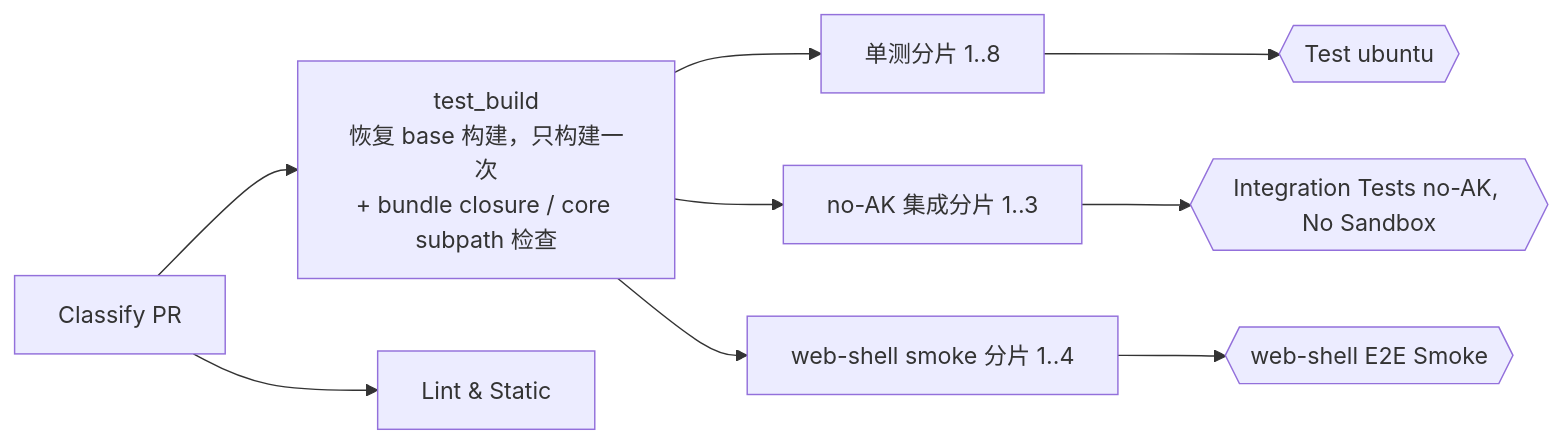
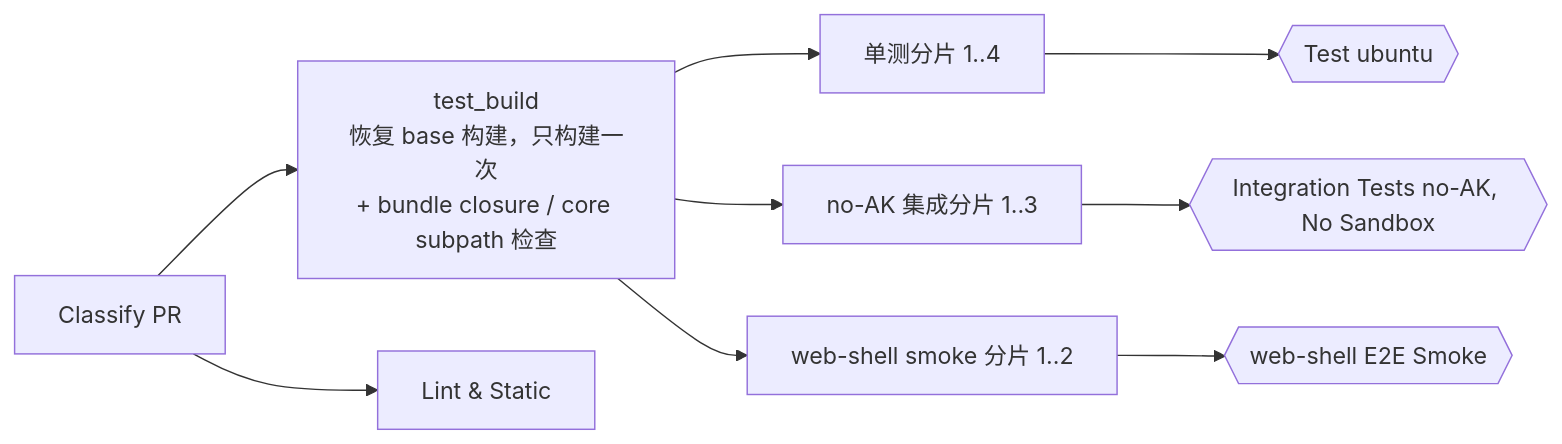
Before and after one commit to QwenLM/qwen-code: the diagram in docs/design/2026-11-06-ci-pr-critical-path.zh-CN.md, drawn with Mermaid. The commit also changed 11 other files, not shown here.

First line of the commit message:
ci: halve the Linux unit and web-shell smoke shard counts

````diff
--- a/docs/design/2026-11-06-ci-pr-critical-path.zh-CN.md
+++ b/docs/design/2026-11-06-ci-pr-critical-path.zh-CN.md
@@ -37,11 +37,11 @@
 ```mermaid
 flowchart LR
     C[Classify PR] --> B[test_build<br/>恢复 base 构建，只构建一次<br/>+ bundle closure / core subpath 检查]
     C --> L[Lint & Static]
-    B --> U[单测分片 1..8]
+    B --> U[单测分片 1..4]
     B --> I[no-AK 集成分片 1..3]
-    B --> W[web-shell smoke 分片 1..4]
+    B --> W[web-shell smoke 分片 1..2]
     U --> T{{Test ubuntu}}
     I --> R{{Integration Tests no-AK, No Sandbox}}
     W --> WR{{web-shell E2E Smoke}}
 ```
````
